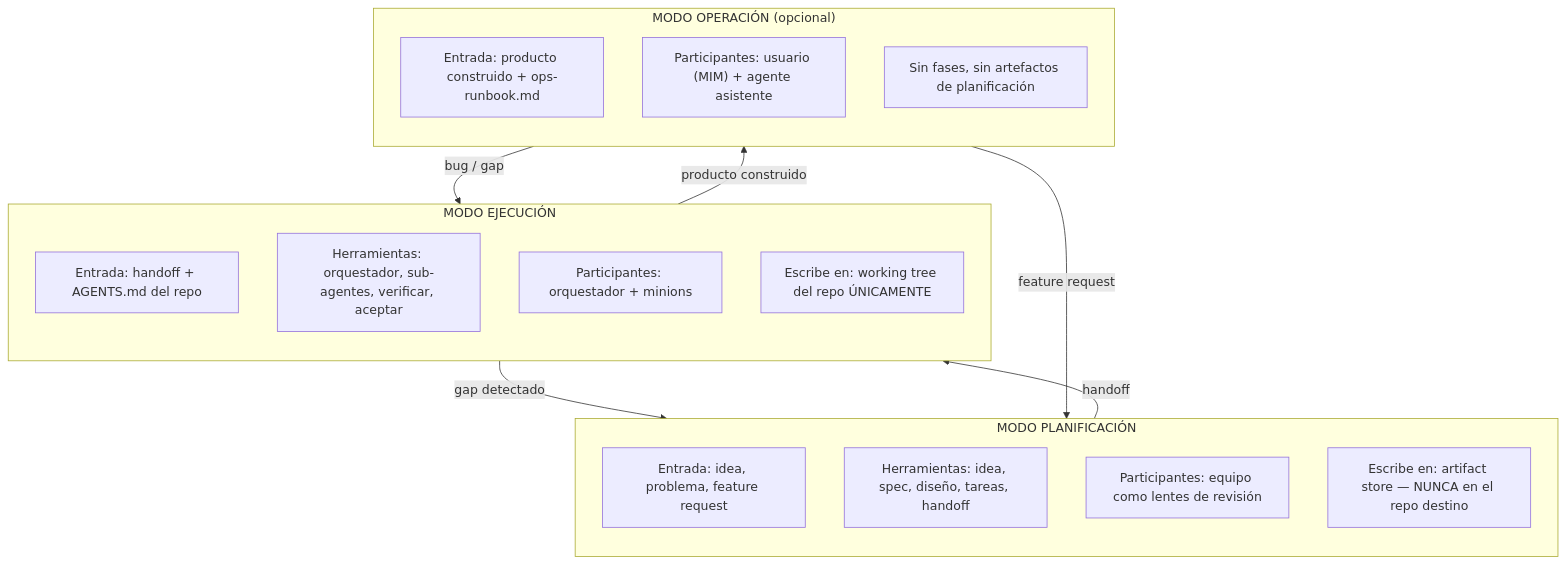
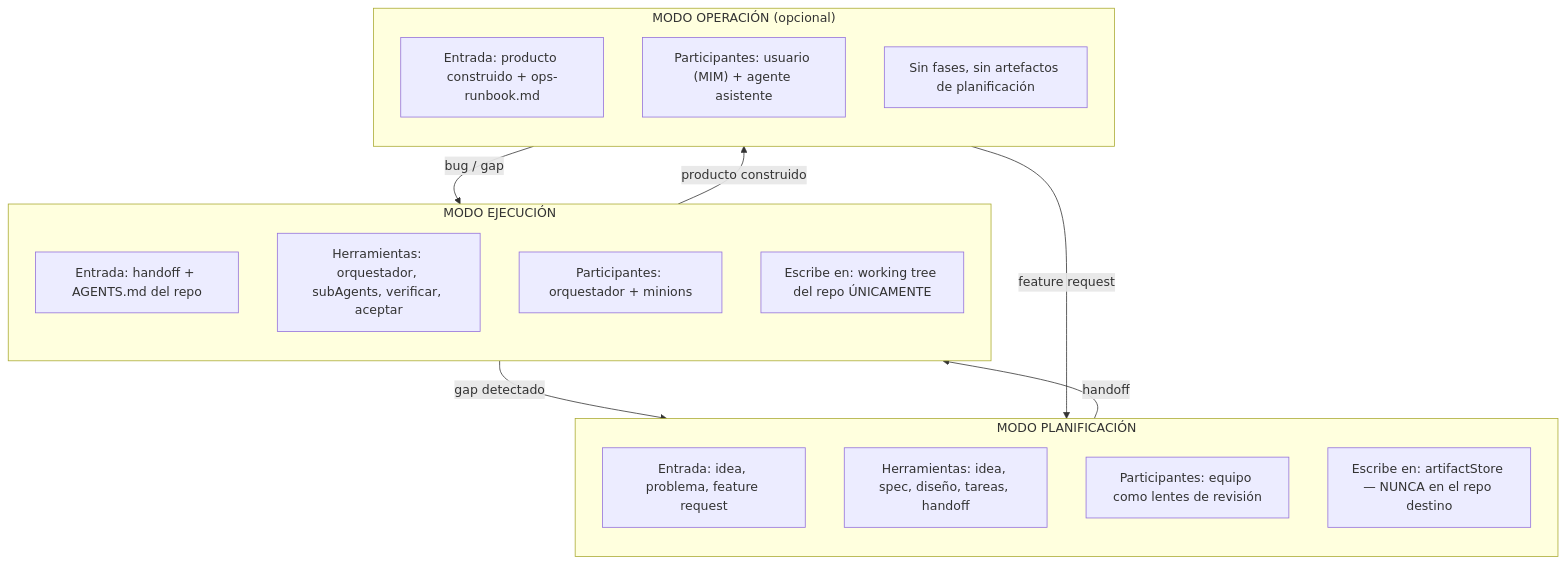
The fourth of 4 diagrams in docs/planning/operational-model.md (virgenherrera/idea-to-mvp), drawn with Mermaid before and after one commit. The commit also changed other lines of this file and 30 other files, not shown here.

````diff
--- a/docs/planning/operational-model.md
+++ b/docs/planning/operational-model.md
@@ -316,33 +342,33 @@
 ```mermaid
 flowchart TD
     subgraph PLAN["MODO PLANIFICACIÓN"]
         direction TB
         P_IN["Entrada: idea, problema, feature request"]
         P_TOOLS["Herramientas: idea, spec, diseño, tareas, handoff"]
         P_WHO["Participantes: equipo como lentes de revisión"]
-        P_OUT["Escribe en: artifact store — NUNCA en el repo destino"]
+        P_OUT["Escribe en: artifactStore — NUNCA en el repo destino"]
     end
 
     PLAN -->|handoff| EXEC
 
     subgraph EXEC["MODO EJECUCIÓN"]
         direction TB
         E_IN["Entrada: handoff + AGENTS.md del repo"]
-        E_TOOLS["Herramientas: orquestador, sub-agentes, verificar, aceptar"]
+        E_TOOLS["Herramientas: orquestador, subAgents, verificar, aceptar"]
         E_WHO["Participantes: orquestador + minions"]
         E_OUT["Escribe en: working tree del repo ÚNICAMENTE"]
     end
 
     EXEC -->|"producto construido"| OP
 
     subgraph OP["MODO OPERACIÓN (opcional)"]
         direction TB
         O_IN["Entrada: producto construido + ops-runbook.md"]
         O_WHO["Participantes: usuario (MIM) + agente asistente"]
         O_OUT["Sin fases, sin artefactos de planificación"]
     end
 
     EXEC -->|"gap detectado"| PLAN
     OP -->|"bug / gap"| EXEC
     OP -->|"feature request"| PLAN
 ```
````
